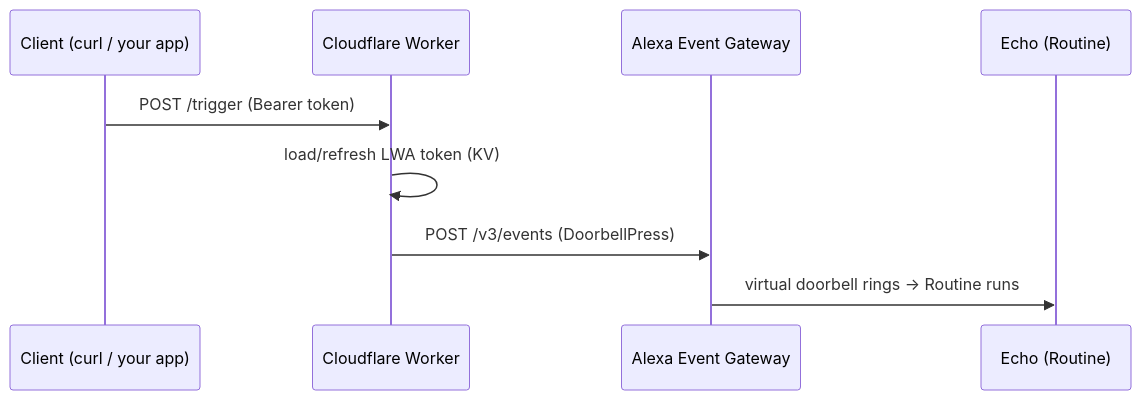
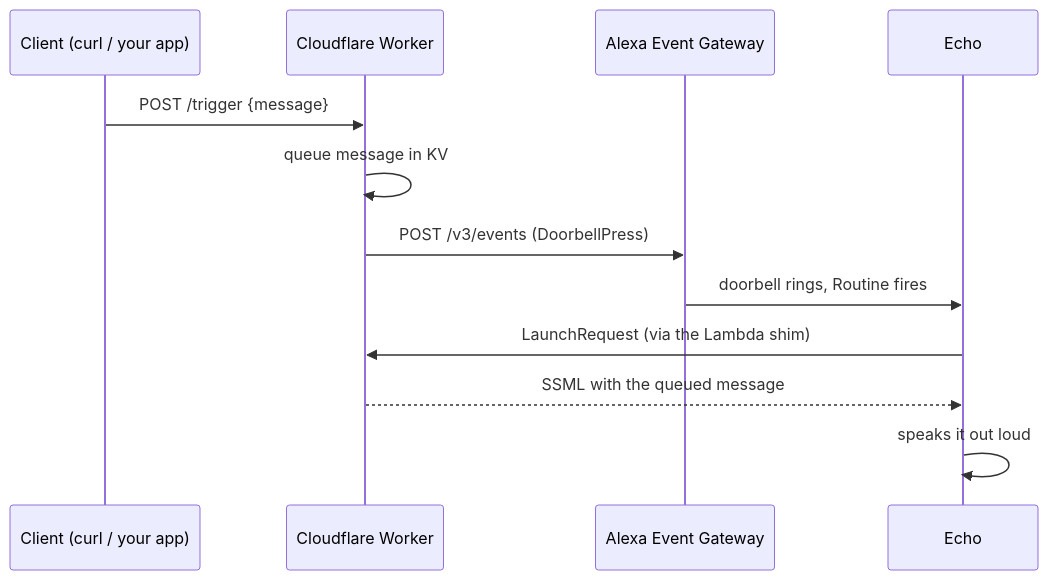
Before and after one commit to nguyenvanhoangnhan/knock-my-alexa: the diagram in README.md, drawn with Mermaid. The commit also changed other lines of this file and 5 other files, not shown here.

Commit message:
docs: cover the custom-skill message flow in the README, drop em dashes

````diff
--- a/README.md
+++ b/README.md
@@ -14,12 +21,15 @@
 ```mermaid
 sequenceDiagram
     participant C as Client (curl / your app)
     participant W as Cloudflare Worker
     participant G as Alexa Event Gateway
-    participant E as Echo (Routine)
+    participant E as Echo
 
-    C->>W: POST /trigger (Bearer token)
-    W->>W: load/refresh LWA token (KV)
+    C->>W: POST /trigger {message}
+    W->>W: queue message in KV
     W->>G: POST /v3/events (DoorbellPress)
-    G->>E: virtual doorbell rings → Routine runs
+    G->>E: doorbell rings, Routine fires
+    E->>W: LaunchRequest (via the Lambda shim)
+    W-->>E: SSML with the queued message
+    E->>E: speaks it out loud
 ```
````
